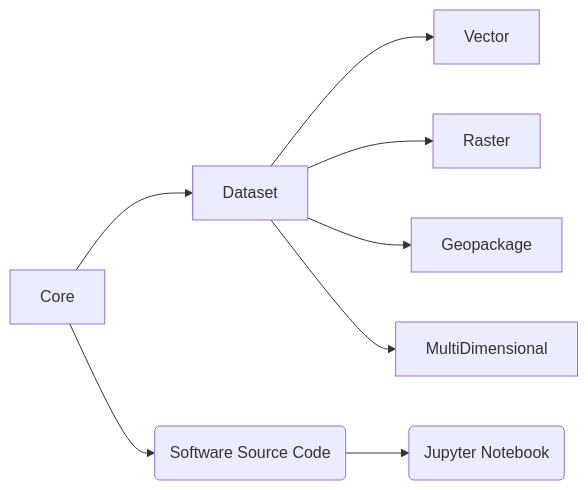
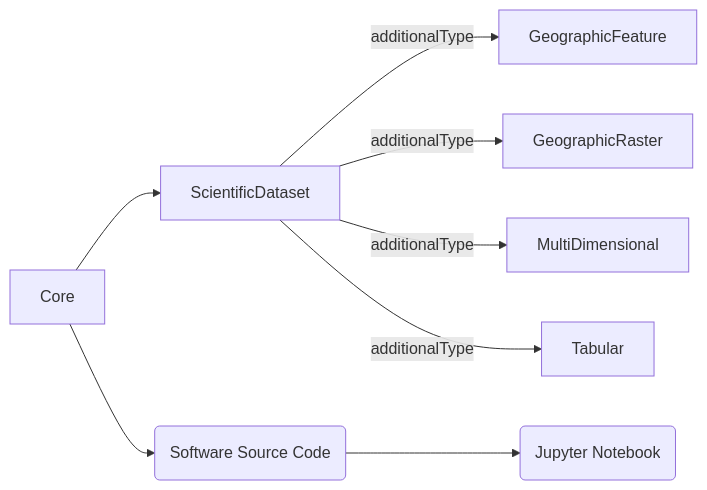
Before and after one commit to CUAHSI/HydroShare-Cloud-Native-Data: the diagram in schema/doc/README.md, drawn with Mermaid. The commit also changed other lines of this file and 5 other files, not shown here.

Commit message:
updated the schema docs, added examples

````diff
--- a/schema/doc/README.md
+++ b/schema/doc/README.md
@@ -14,13 +20,13 @@
 ```mermaid
 flowchart LR
-  Core --> Dataset
+  Core --> ScientificDataset
   Core --> id1(Software Source Code)
-  Dataset --> Vector
-  Dataset --> Raster
-  Dataset --> Geopackage
-  Dataset --> MultiDimensional
+  ScientificDataset -->|additionalType| GeographicFeature
+  ScientificDataset -->|additionalType| GeographicRaster
+  ScientificDataset -->|additionalType| MultiDimensional
+  ScientificDataset -->|additionalType| Tabular
   id1(Software Source Code) --> id2(Jupyter Notebook)
 
   
 
 ```
````
